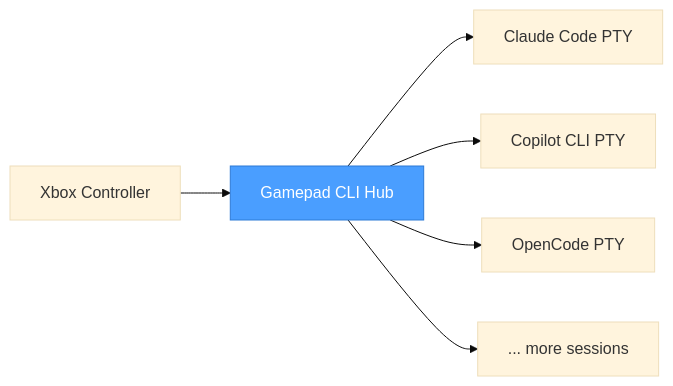
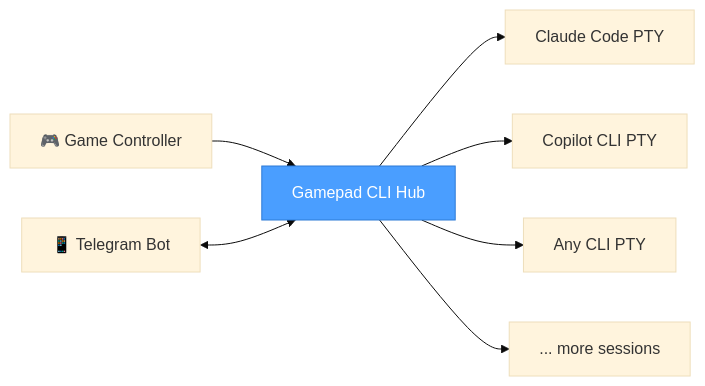
One commit to PetePeter/gamepad-cli-hub changed the diagram in README.md. Above: the diagram before and after it, drawn with Mermaid (base theme). The commit also changed other lines of this file and 5 other files, not shown here.

````diff
--- a/README.md
+++ b/README.md
@@ -149,10 +205,11 @@
 ```mermaid
 graph LR
-    XB[Xbox Controller] --> APP[Gamepad CLI Hub]
+    XB[🎮 Game Controller] --> APP[Gamepad CLI Hub]
+    TG[📱 Telegram Bot] <--> APP
     APP --> T1[Claude Code PTY]
     APP --> T2[Copilot CLI PTY]
-    APP --> T3[OpenCode PTY]
+    APP --> T3[Any CLI PTY]
     APP --> T4[... more sessions]
 
     style APP fill:#4a9eff,color:#fff,stroke:#2d7ad6
 ```
````
